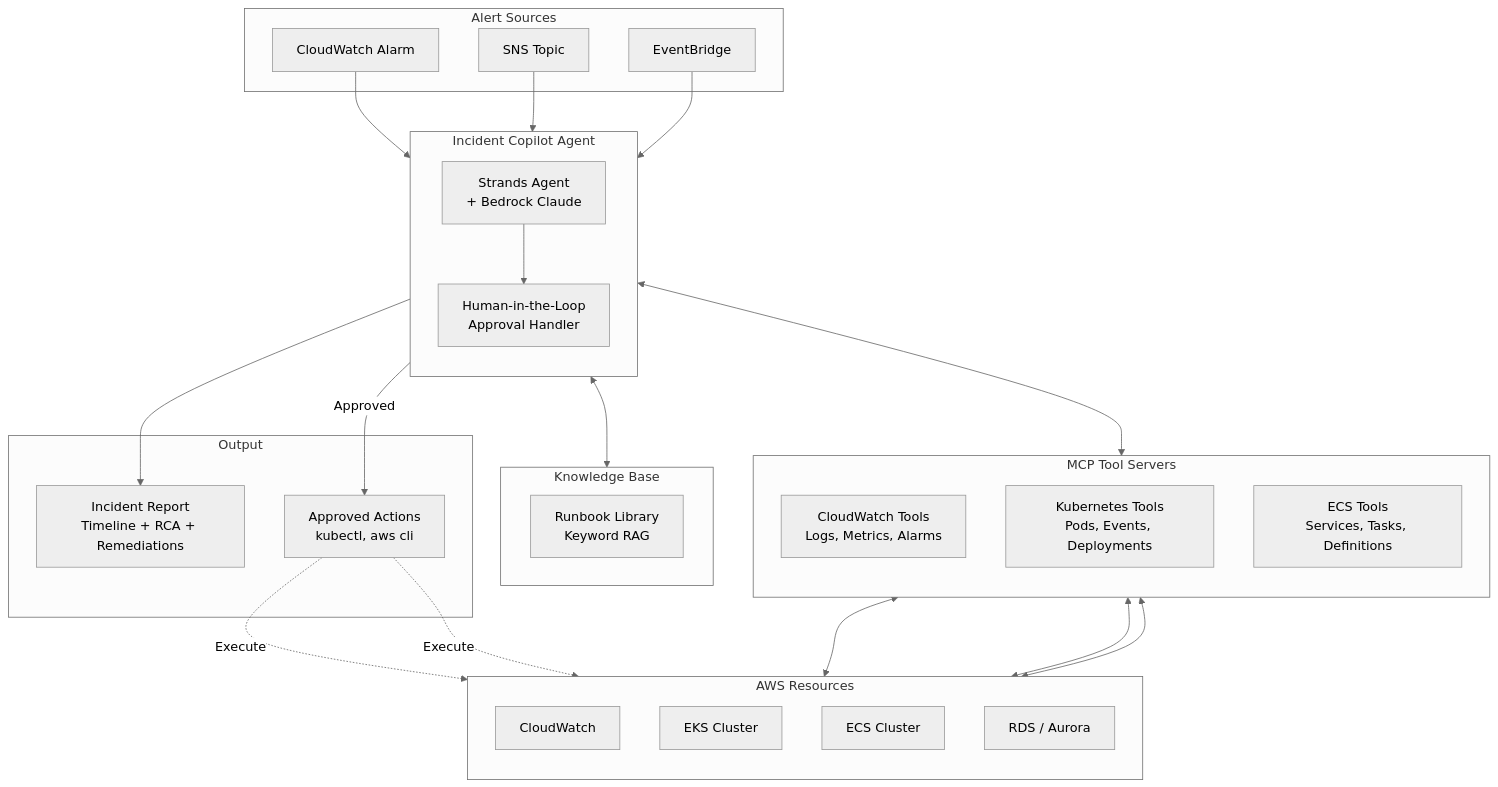
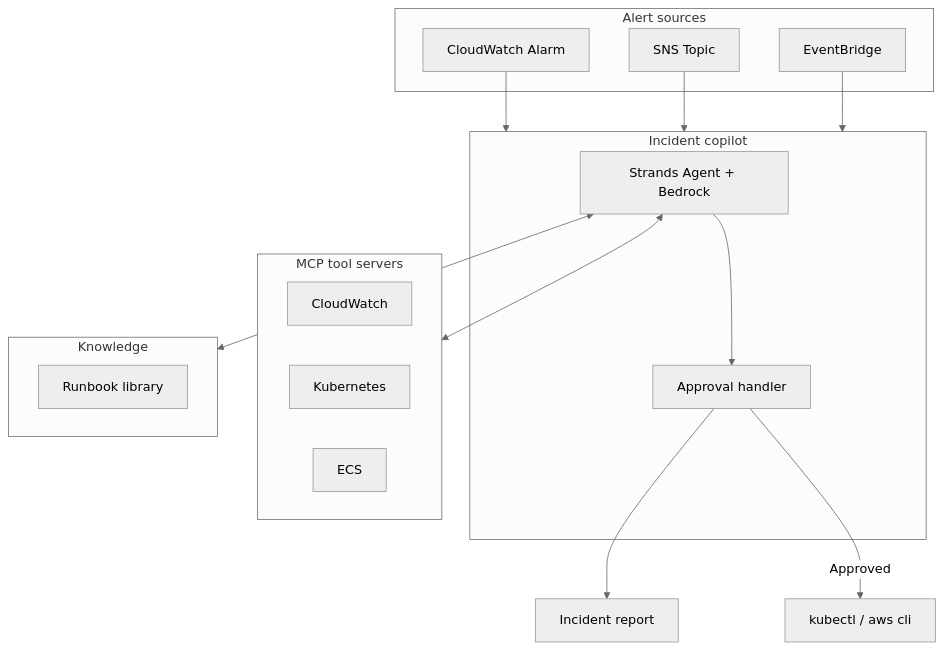
One commit to harin-singh/aws-incident-copilot changed the first of 2 diagrams in README.md. Above: the diagram before and after it, drawn with Mermaid (neutral theme). The commit also changed other lines of this file, not shown here.

````diff
--- a/README.md
+++ b/README.md
@@ -26,55 +25,32 @@
 ```mermaid
 flowchart TB
-    subgraph Alerts["Alert Sources"]
+    subgraph Alerts["Alert sources"]
         CW[CloudWatch Alarm]
         SNS[SNS Topic]
         EB[EventBridge]
     end
 
-    subgraph Agent["Incident Copilot Agent"]
-        direction TB
-        SA[Strands Agent<br/>+ Bedrock Claude]
-        HITL[Human-in-the-Loop<br/>Approval Handler]
+    subgraph Agent["Incident copilot"]
+        SA[Strands Agent + Bedrock]
+        HITL[Approval handler]
     end
 
-    subgraph MCP["MCP Tool Servers"]
-        direction TB
-        CWT[CloudWatch Tools<br/>Logs, Metrics, Alarms]
-        K8S[Kubernetes Tools<br/>Pods, Events, Deployments]
-        ECS[ECS Tools<br/>Services, Tasks, Definitions]
+    subgraph MCP["MCP tool servers"]
+        CWT[CloudWatch]
+        K8S[Kubernetes]
+        ECS[ECS]
     end
 
-    subgraph KB["Knowledge Base"]
-        RB[Runbook Library<br/>Keyword RAG]
-    end
-
-    subgraph AWS["AWS Resources"]
-        direction TB
-        CWAWS[CloudWatch]
-        EKSAWS[EKS Cluster]
-        ECSAWS[ECS Cluster]
-        RDS[RDS / Aurora]
-    end
-
-    subgraph Output["Output"]
-        IR[Incident Report<br/>Timeline + RCA + Remediations]
-        ACT[Approved Actions<br/>kubectl, aws cli]
+    subgraph KB["Knowledge"]
+        RB[Runbook library]
     end
 
     CW --> Agent
     SNS --> Agent
     EB --> Agent
-
     SA <--> MCP
     SA <--> KB
     SA --> HITL
-
-    CWT <--> CWAWS
-    K8S <--> EKSAWS
-    ECS <--> ECSAWS
-
-    HITL --> IR
-    HITL -->|Approved| ACT
-    ACT -.->|Execute| EKSAWS
-    ACT -.->|Execute| ECSAWS
+    HITL --> Report[Incident report]
+    HITL -->|Approved| ACT[kubectl / aws cli]
 ```
````
